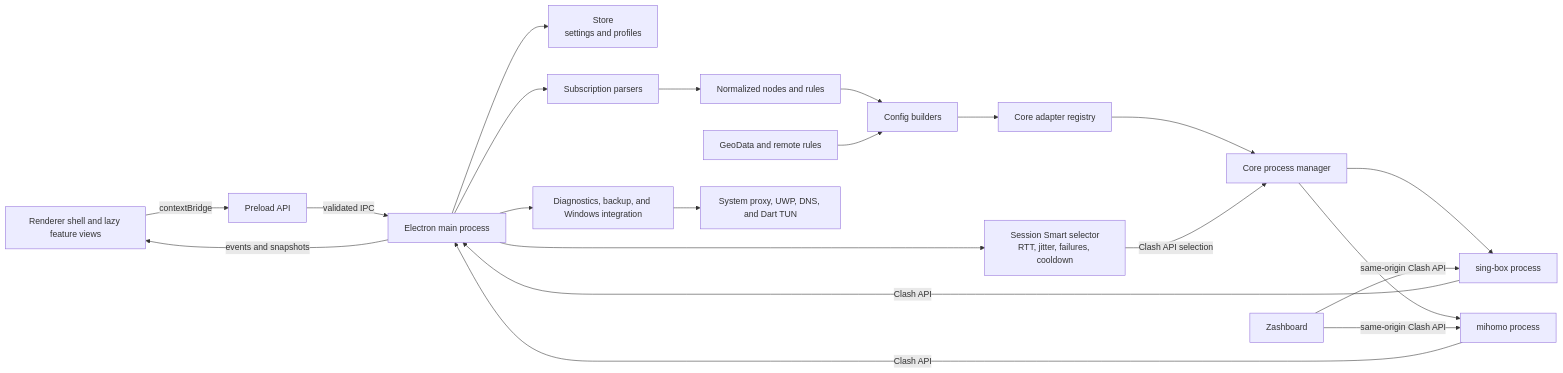
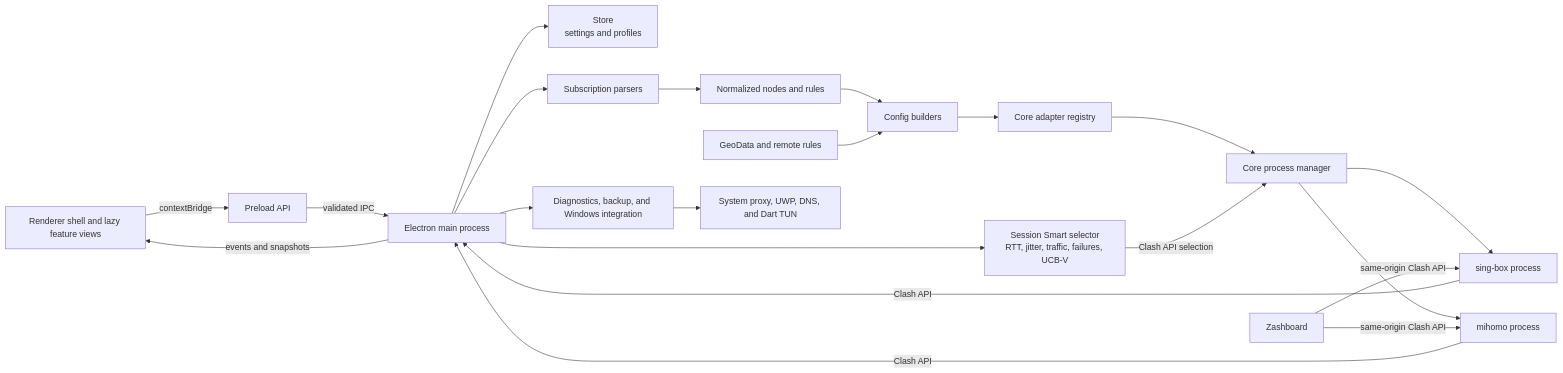
Before and after one commit to blakebill/dart: the diagram in README.md, drawn with Mermaid. The commit also changed other lines of this file and 37 other files, not shown here.

````diff
--- a/README.md
+++ b/README.md
@@ -62,28 +62,28 @@
 ```mermaid
 flowchart LR
     UI["Renderer shell and lazy feature views"] -->|"contextBridge"| PRELOAD["Preload API"]
     PRELOAD -->|"validated IPC"| MAIN["Electron main process"]
 
     MAIN --> STORE["Store\nsettings and profiles"]
     MAIN --> SUB["Subscription parsers"]
     MAIN --> TOOLS["Diagnostics, backup, and Windows integration"]
     SUB --> MODEL["Normalized nodes and rules"]
     MODEL --> CONVERT["Config builders"]
 
     CONVERT --> ADAPTER["Core adapter registry"]
     ADAPTER --> MANAGER["Core process manager"]
     MANAGER --> SB["sing-box process"]
     MANAGER --> MH["mihomo process"]
 
-    MAIN --> SMART["Session Smart selector\nRTT, jitter, failures, cooldown"]
+    MAIN --> SMART["Session Smart selector\nRTT, jitter, traffic, failures, UCB-V"]
     SMART -->|"Clash API selection"| MANAGER
 
     SB -->|"Clash API"| MAIN
     MH -->|"Clash API"| MAIN
     MAIN -->|"events and snapshots"| UI
 
     GEO["GeoData and remote rules"] --> CONVERT
     TOOLS --> SYSTEM["System proxy, UWP, DNS, and Dart TUN"]
     PANEL["Zashboard"] -->|"same-origin Clash API"| SB
     PANEL -->|"same-origin Clash API"| MH
 ```
````
